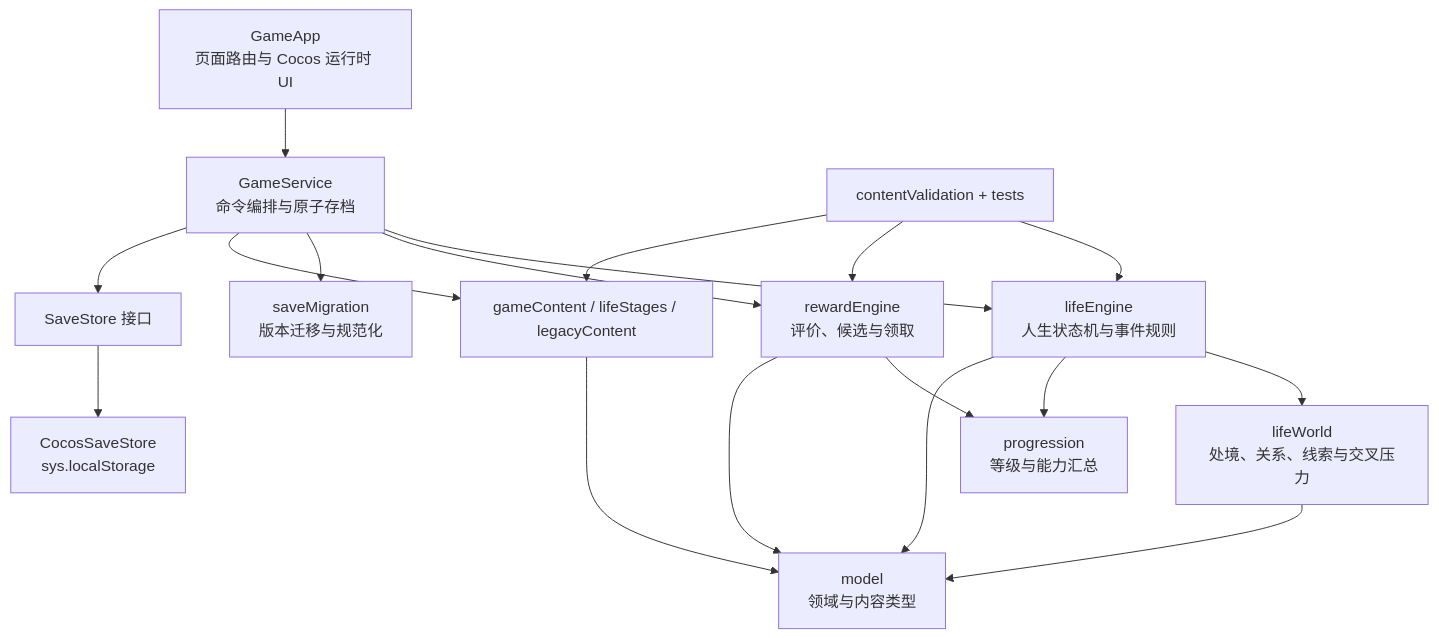
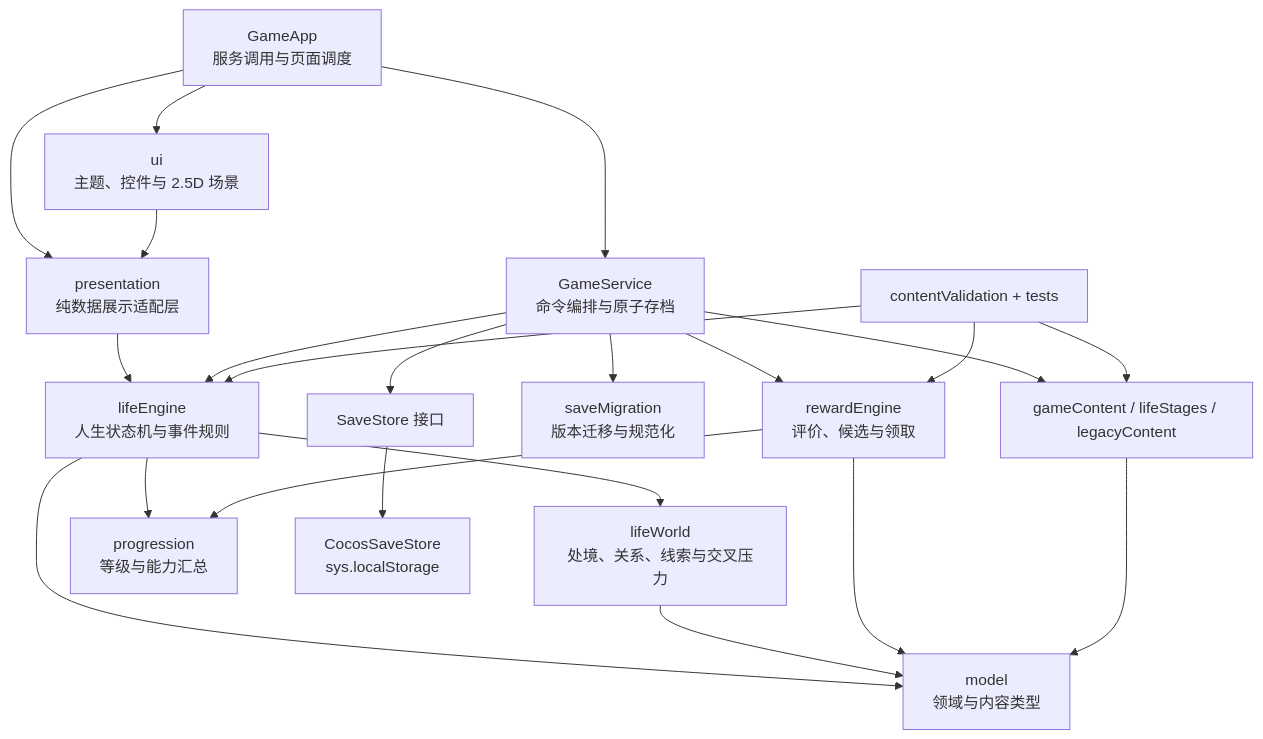
Before and after one commit to lemon08x/reincarnation-life: the second of 2 diagrams in Game_Design.md, drawn with Mermaid. The commit also changed other lines of this file and 20 other files, not shown here.

````diff
--- a/Game_Design.md
+++ b/Game_Design.md
@@ -225,20 +225,24 @@
 ```mermaid
 flowchart TB
-    UI[GameApp<br/>页面路由与 Cocos 运行时 UI] --> APP[GameService<br/>命令编排与原子存档]
-    APP --> LIFE[lifeEngine<br/>人生状态机与事件规则]
+    UI[GameApp<br/>服务调用与页面调度] --> APP[GameService<br/>命令编排与原子存档]
+    UI --> PRES[presentation<br/>纯数据展示适配层]
+    UI --> KIT[ui<br/>主题、控件与 2.5D 场景]
+    KIT --> PRES
+    PRES --> LIFE[lifeEngine<br/>人生状态机与事件规则]
+    APP --> LIFE
     APP --> REWARD[rewardEngine<br/>评价、候选与领取]
     LIFE --> WORLD[lifeWorld<br/>处境、关系、线索与交叉压力]
     LIFE --> RULES[progression<br/>等级与能力汇总]
     REWARD --> RULES
     LIFE --> MODEL[model<br/>领域与内容类型]
     WORLD --> MODEL
     REWARD --> MODEL
     APP --> MIGRATION[saveMigration<br/>版本迁移与规范化]
     APP --> CONTENT[gameContent / lifeStages / legacyContent]
     CONTENT --> MODEL
     APP --> STORE[SaveStore 接口]
     STORE --> COCOS[CocosSaveStore<br/>sys.localStorage]
     VALIDATE[contentValidation + tests] --> LIFE
     VALIDATE --> REWARD
     VALIDATE --> CONTENT
 ```
````
